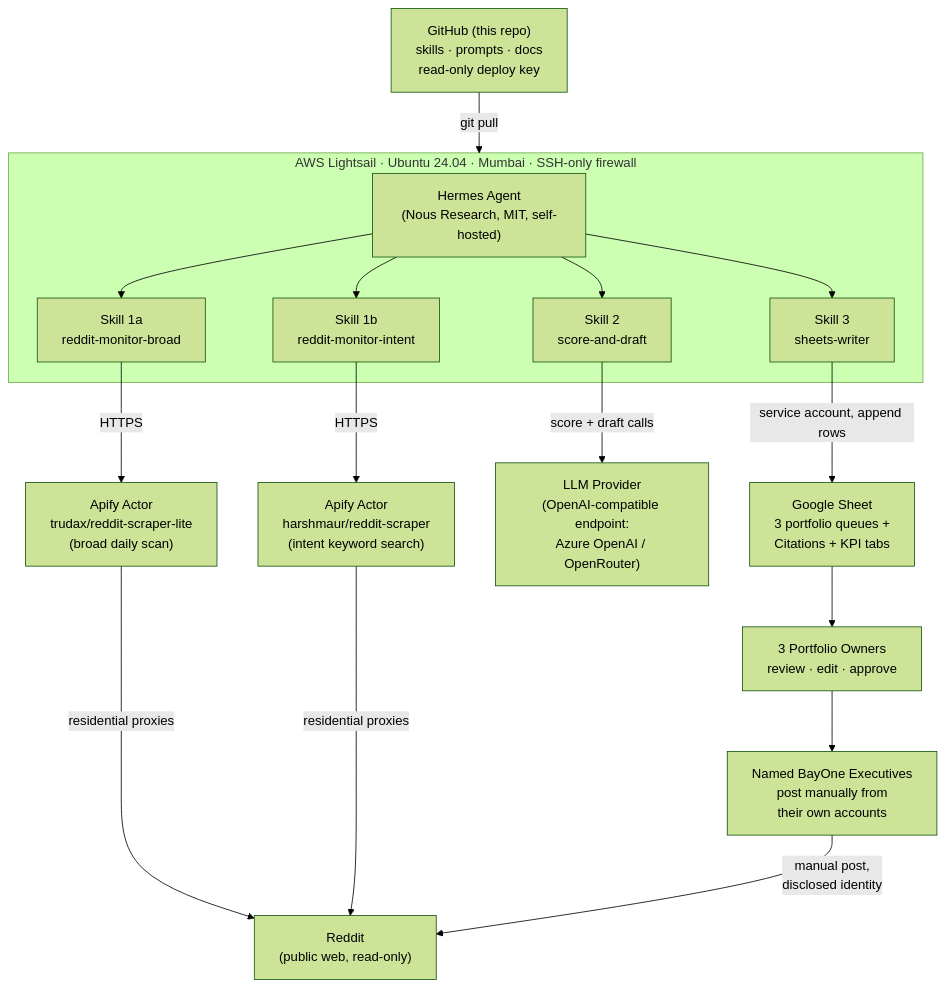
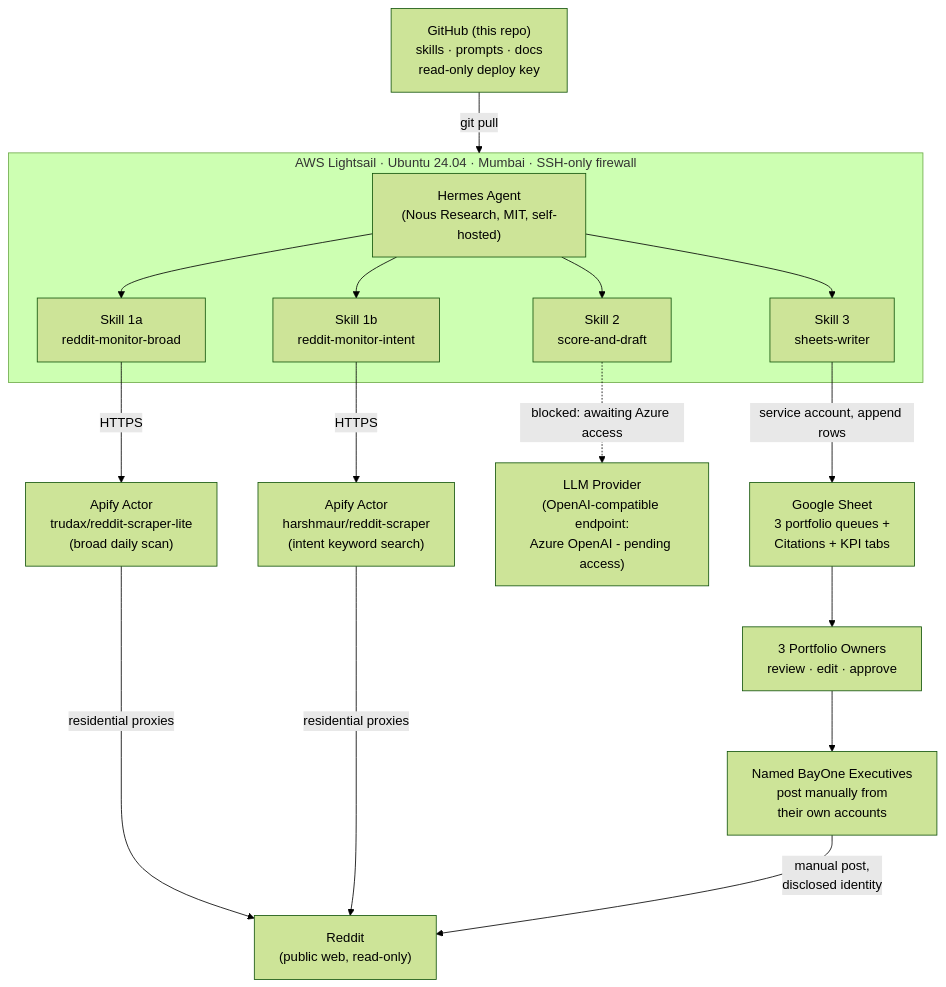
One commit to imranbayone/bayone-answer-engine changed the first of 3 diagrams in README.md. Above: the diagram before and after it, drawn with Mermaid (forest theme). The commit also changed other lines of this file, not shown here.

````diff
--- a/README.md
+++ b/README.md
@@ -48,34 +106,34 @@
 ```mermaid
 flowchart TB
     subgraph AWS["AWS Lightsail · Ubuntu 24.04 · Mumbai · SSH-only firewall"]
         HERMES["Hermes Agent<br/>(Nous Research, MIT, self-hosted)"]
         S1A["Skill 1a<br/>reddit-monitor-broad"]
         S1B["Skill 1b<br/>reddit-monitor-intent"]
         S2["Skill 2<br/>score-and-draft"]
         S3["Skill 3<br/>sheets-writer"]
         HERMES --> S1A
         HERMES --> S1B
         HERMES --> S2
         HERMES --> S3
     end
 
     APIFY1["Apify Actor<br/>trudax/reddit-scraper-lite<br/>(broad daily scan)"]
     APIFY2["Apify Actor<br/>harshmaur/reddit-scraper<br/>(intent keyword search)"]
     REDDIT["Reddit<br/>(public web, read-only)"]
-    LLM["LLM Provider<br/>(OpenAI-compatible endpoint:<br/>Azure OpenAI / OpenRouter)"]
+    LLM["LLM Provider<br/>(OpenAI-compatible endpoint:<br/>Azure OpenAI - pending access)"]
     SHEET["Google Sheet<br/>3 portfolio queues +<br/>Citations + KPI tabs"]
     OWNERS["3 Portfolio Owners<br/>review · edit · approve"]
     EXECS["Named BayOne Executives<br/>post manually from<br/>their own accounts"]
     GITHUB["GitHub (this repo)<br/>skills · prompts · docs<br/>read-only deploy key"]
 
     S1A -->|HTTPS| APIFY1
     S1B -->|HTTPS| APIFY2
     APIFY1 -->|residential proxies| REDDIT
     APIFY2 -->|residential proxies| REDDIT
-    S2 -->|score + draft calls| LLM
+    S2 -.->|"blocked: awaiting Azure access"| LLM
     S3 -->|service account, append rows| SHEET
     SHEET --> OWNERS
     OWNERS --> EXECS
     EXECS -->|manual post,<br/>disclosed identity| REDDIT
     GITHUB -->|git pull| AWS
 ```
````
